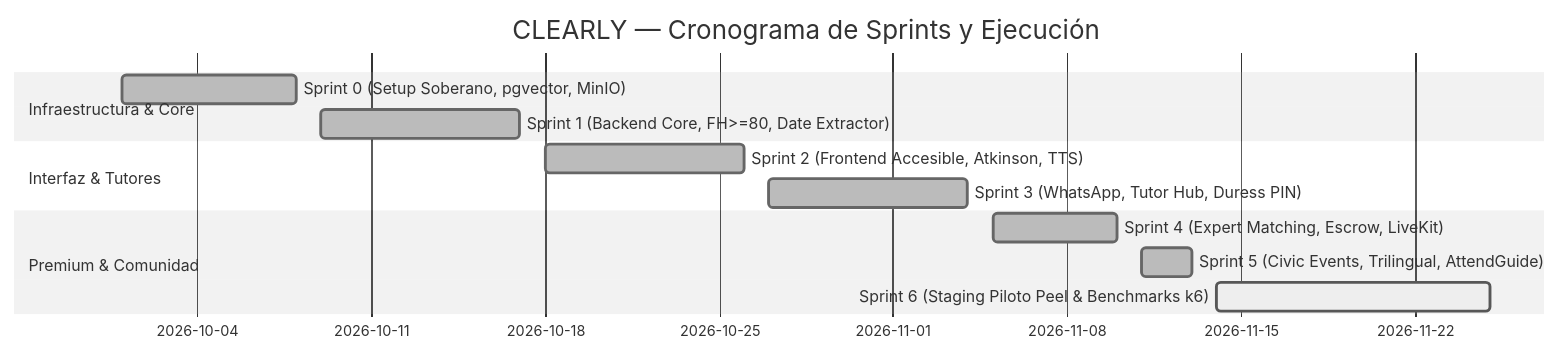
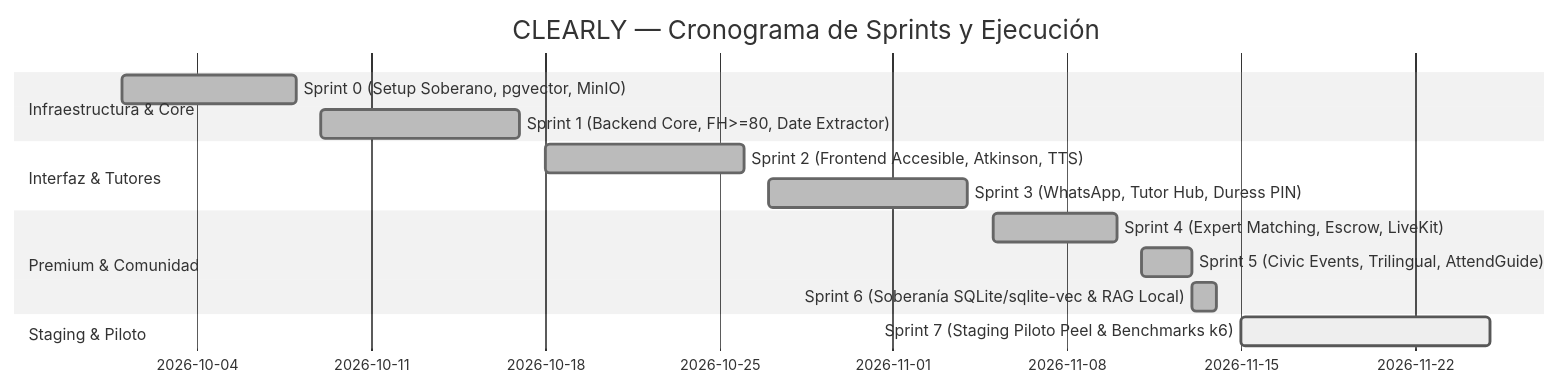
One commit to InnovappsColombia/app-clearly changed the diagram in Documentation/PROJECT_STATUS_REPORT.md. Above: the diagram before and after it, drawn with Mermaid (neutral theme). The commit also changed other lines of this file, not shown here.

Commit message:
docs(status): update project status report to v1.6.0-rc recording Sprint 6 completion

````diff
--- a/Documentation/PROJECT_STATUS_REPORT.md
+++ b/Documentation/PROJECT_STATUS_REPORT.md
@@ -53,15 +55,17 @@
 ```mermaid
 gantt
     title CLEARLY — Cronograma de Sprints y Ejecución
     dateFormat  YYYY-MM-DD
     section Infraestructura & Core
     Sprint 0 (Setup Soberano, pgvector, MinIO)       :done, s0, 2026-10-01, 2026-10-08
     Sprint 1 (Backend Core, FH>=80, Date Extractor) :done, s1, 2026-10-09, 2026-10-17
     section Interfaz & Tutores
     Sprint 2 (Frontend Accesible, Atkinson, TTS)    :done, s2, 2026-10-18, 2026-10-26
     Sprint 3 (WhatsApp, Tutor Hub, Duress PIN)      :done, s3, 2026-10-27, 2026-11-04
     section Premium & Comunidad
     Sprint 4 (Expert Matching, Escrow, LiveKit)     :done, s4, 2026-11-05, 2026-11-10
     Sprint 5 (Civic Events, Trilingual, AttendGuide):done, s5, 2026-11-11, 2026-11-13
-    Sprint 6 (Staging Piloto Peel & Benchmarks k6)   :active, s6, 2026-11-14, 2026-11-25
+    Sprint 6 (Soberanía SQLite/sqlite-vec & RAG Local):done, s6, 2026-11-13, 2026-11-14
+    section Staging & Piloto
+    Sprint 7 (Staging Piloto Peel & Benchmarks k6)   :active, s7, 2026-11-15, 2026-11-25
 ```
````
